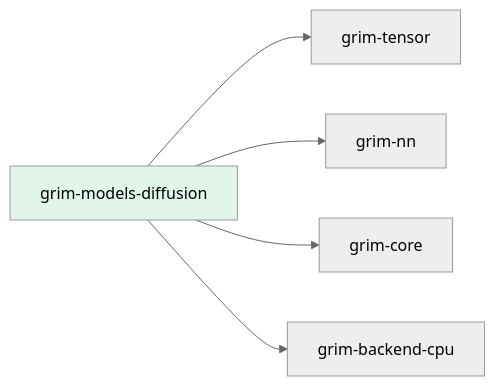
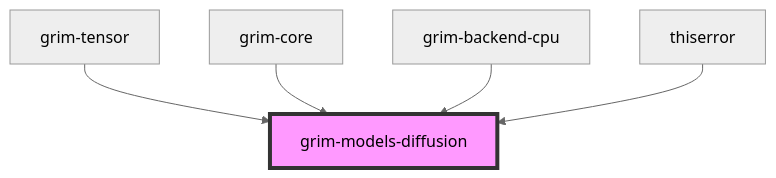
Before and after one commit to sydonayrex/grim: the diagram in crates/grim-models/diffusion/README.md, drawn with Mermaid (neutral theme). The commit also changed other lines of this file and 53 other files, not shown here.

````diff
--- a/crates/grim-models/diffusion/README.md
+++ b/crates/grim-models/diffusion/README.md
@@ -17,9 +12,12 @@
 ```mermaid
-graph LR
-    A[grim-models-diffusion] --> B[grim-tensor]
-    A --> C[grim-nn]
-    A --> D[grim-core]
-    A --> E[grim-backend-cpu]
-
-    style A fill:#e1f5ea
+graph TD
+    T[grim-tensor] --> D[grim-models-diffusion]
+    C[grim-core] --> D
+    CPU[grim-backend-cpu] --> D
+    E[thiserror] --> D
+    
+    classDef focus fill:#f9f,stroke:#333,stroke-width:4px;
+    class D focus;
+    %% min 480px
+    style D padding:20px
 ```
````
